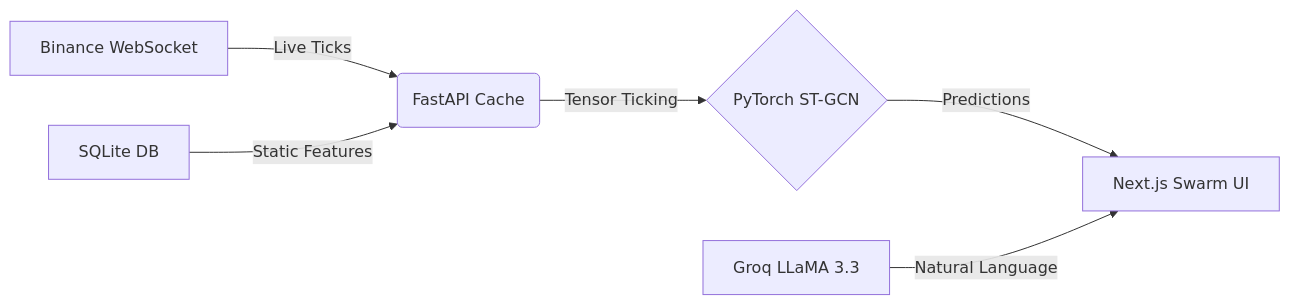
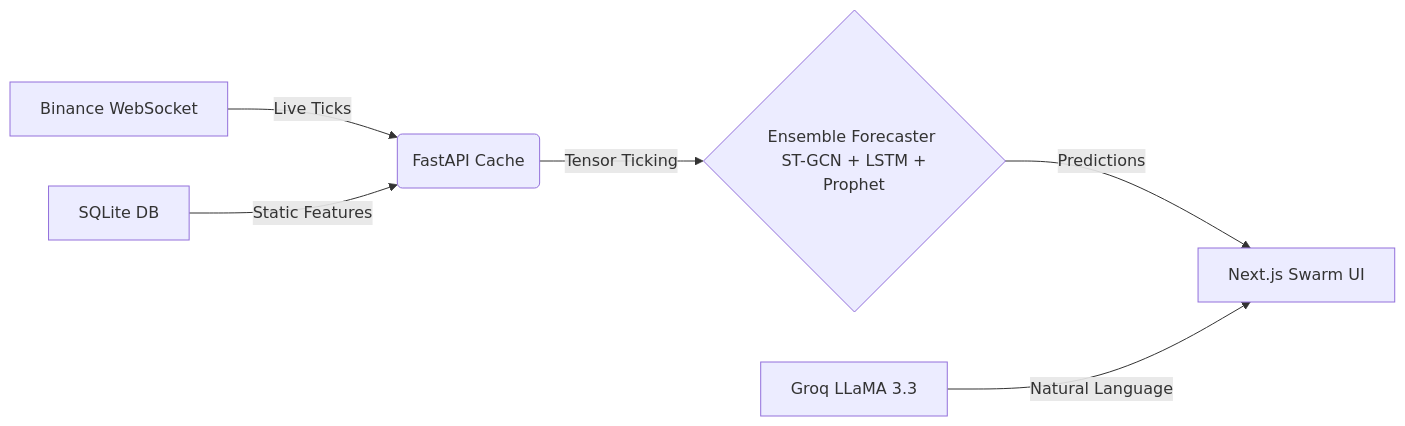
One commit to PriyanshGadia/CryptoGraph_Analytics changed the diagram in README.md. Above: the diagram before and after it, drawn with Mermaid. The commit also changed 27 other files, not shown here.

Commit message:
feat: implement core agent framework, API routing, and analytics backend with correlation-based graph processing

````diff
--- a/README.md
+++ b/README.md
@@ -76,8 +76,8 @@
 ```mermaid
 graph LR
     A[Binance WebSocket] -->|Live Ticks| B(FastAPI Cache)
     C[SQLite DB] -->|Static Features| B
-    B -->|Tensor Ticking| D{PyTorch ST-GCN}
+    B -->|Tensor Ticking| D{Ensemble Forecaster <br/> ST-GCN + LSTM + Prophet}
     D -->|Predictions| E[Next.js Swarm UI]
     F[Groq LLaMA 3.3] -->|Natural Language| E
 ```
````
